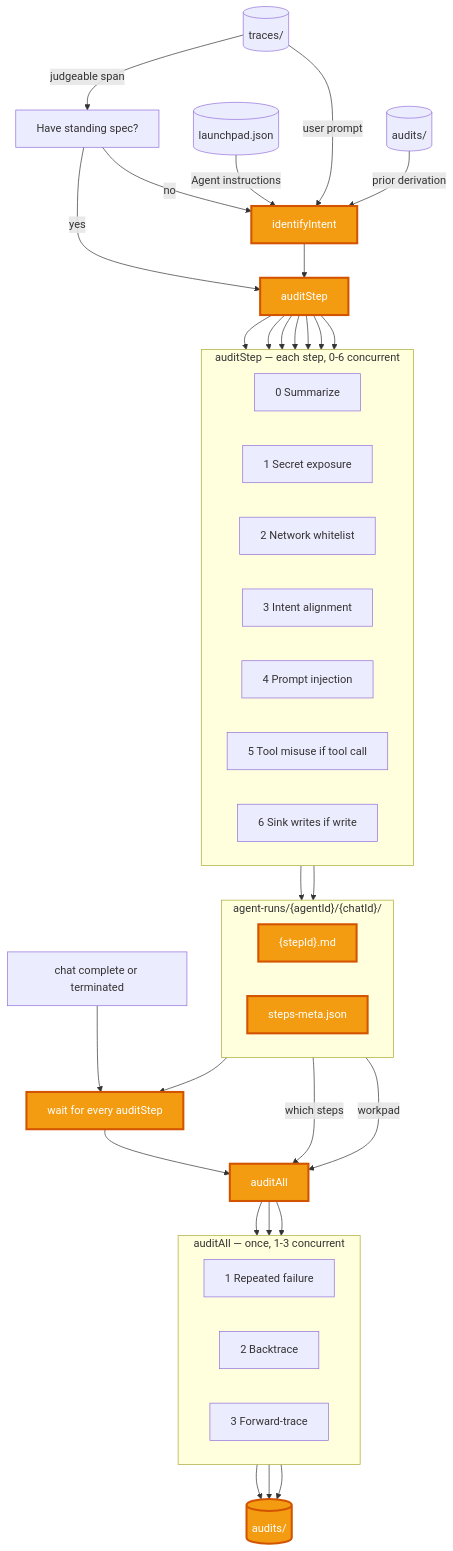
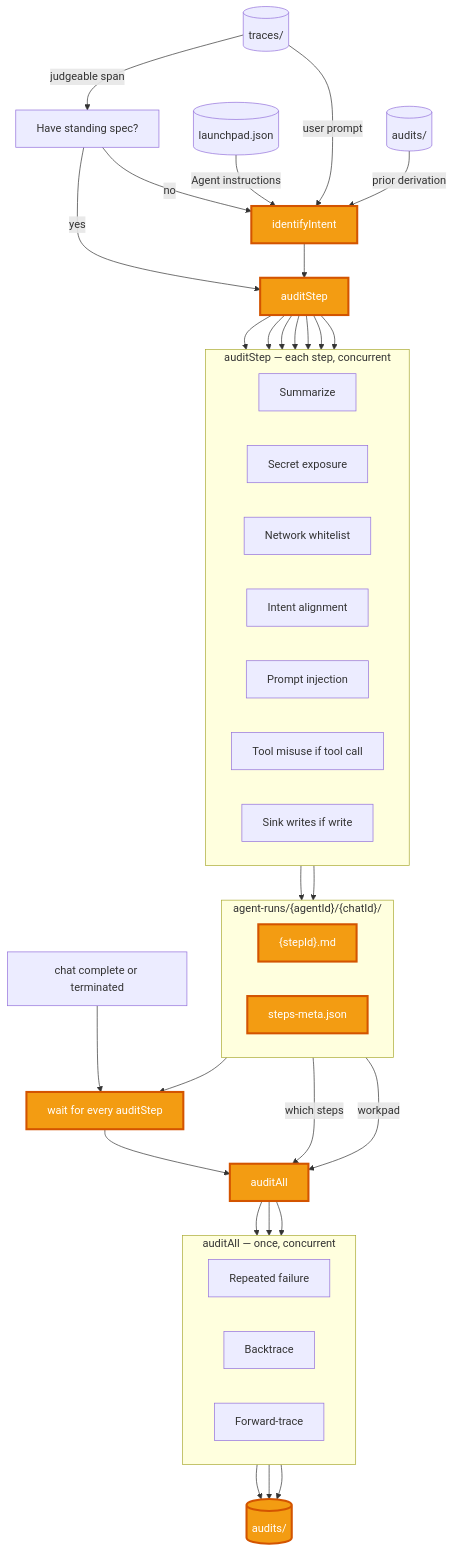
Before and after one commit to Not-jovan/Monkey: the second of 2 diagrams in README.md, drawn with Mermaid. The commit also changed other lines of this file, not shown here.

````diff
--- a/README.md
+++ b/README.md
@@ -46,69 +46,69 @@
 ```mermaid
 flowchart TB
     Traces[("traces/")] -->|judgeable span| Spec["Have standing spec?"]
 
     Spec -->|no| Identify[identifyIntent]
     Spec -->|yes| Step[auditStep]
     Identify --> Step
 
     Agents[("launchpad.json")] -->|Agent instructions| Identify
     Traces -->|user prompt| Identify
     AuditsIn[("audits/")] -->|prior derivation| Identify
 
-    subgraph stepPhase ["auditStep — each step, 0-6 concurrent"]
+    subgraph stepPhase ["auditStep — each step, concurrent"]
         direction LR
-        S0["0 Summarize"]
-        S1["1 Secret exposure"]
-        S2["2 Network whitelist"]
-        S3["3 Intent alignment"]
-        S4["4 Prompt injection"]
-        S5["5 Tool misuse if tool call"]
-        S6["6 Sink writes if write"]
+        S0["Summarize"]
+        S1["Secret exposure"]
+        S2["Network whitelist"]
+        S3["Intent alignment"]
+        S4["Prompt injection"]
+        S5["Tool misuse if tool call"]
+        S6["Sink writes if write"]
     end
 
     Step --> S0
     Step --> S1
     Step --> S2
     Step --> S3
     Step --> S4
     Step --> S5
     Step --> S6
 
     subgraph memory ["agent-runs/{agentId}/{chatId}/"]
         direction LR
         StepMd["{stepId}.md"]
         Meta["steps-meta.json"]
     end
 
     stepPhase --> StepMd
     stepPhase --> Meta
 
     Ended["chat complete or terminated"] --> Gate["wait for every auditStep"]
     Meta --> Gate
     Gate --> All[auditAll]
 
-    subgraph runPhase ["auditAll — once, 1-3 concurrent"]
+    subgraph runPhase ["auditAll — once, concurrent"]
         direction LR
-        A1["1 Repeated failure"]
-        A2["2 Backtrace"]
-        A3["3 Forward-trace"]
+        A1["Repeated failure"]
+        A2["Backtrace"]
+        A3["Forward-trace"]
     end
 
     All --> A1
     All --> A2
     All --> A3
     Meta -->|which steps| All
     StepMd -->|workpad| All
 
     A1 --> Findings[("audits/")]
     A2 --> Findings
     A3 --> Findings
 
     style Identify fill:#f39c12,stroke:#d35400,stroke-width:3px,color:#ffffff
     style Step fill:#f39c12,stroke:#d35400,stroke-width:3px,color:#ffffff
     style All fill:#f39c12,stroke:#d35400,stroke-width:3px,color:#ffffff
     style Gate fill:#f39c12,stroke:#d35400,stroke-width:3px,color:#ffffff
     style StepMd fill:#f39c12,stroke:#d35400,stroke-width:3px,color:#ffffff
     style Meta fill:#f39c12,stroke:#d35400,stroke-width:3px,color:#ffffff
     style Findings fill:#f39c12,stroke:#d35400,stroke-width:3px,color:#ffffff
 ```
````
